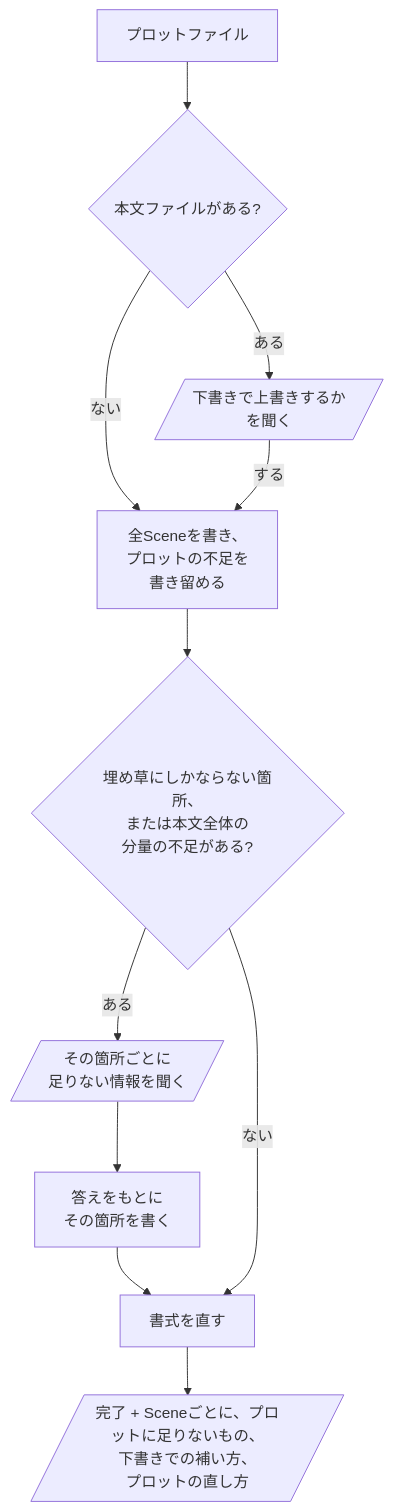
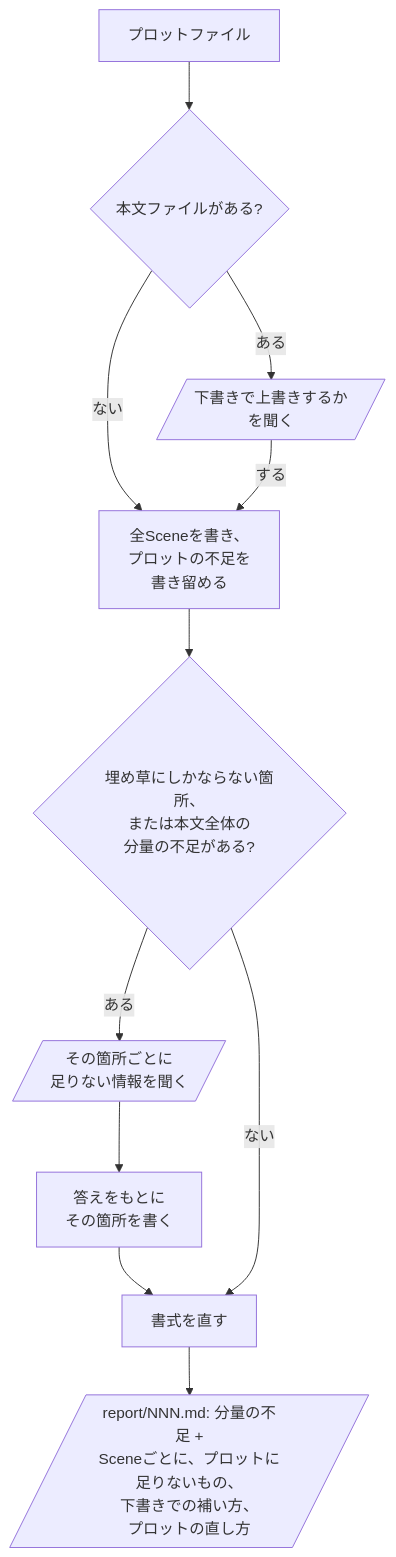
One commit to omni-stove/skill-kit changed the diagram in domains/story/skills/draft/README.ja.md. Above: the diagram before and after it, drawn with Mermaid. The commit also changed 28 other files, not shown here.

````diff
--- a/domains/story/skills/draft/README.ja.md
+++ b/domains/story/skills/draft/README.ja.md
@@ -3,13 +3,13 @@
 ```mermaid
 flowchart TD
   input[プロットファイル] --> exists{本文ファイルがある?}
   exists -- "ある" --> ask[/下書きで上書きするか<br/>を聞く/]
   exists -- "ない" --> write
   ask -- "する" --> write[全Sceneを書き、<br/>プロットの不足を<br/>書き留める]
   write --> gap{埋め草にしかならない箇所、<br/>または本文全体の<br/>分量の不足がある?}
   gap -- "ある" --> need[/その箇所ごとに<br/>足りない情報を聞く/]
   need --> fill[答えをもとに<br/>その箇所を書く]
   fill --> format
   gap -- "ない" --> format[書式を直す]
-  format --> done[/"完了 + Sceneごとに、プロットに足りないもの、<br/>下書きでの補い方、<br/>プロットの直し方"/]
+  format --> done[/"report/NNN.md: 分量の不足 +<br/>Sceneごとに、プロットに足りないもの、<br/>下書きでの補い方、<br/>プロットの直し方"/]
 ```
````
